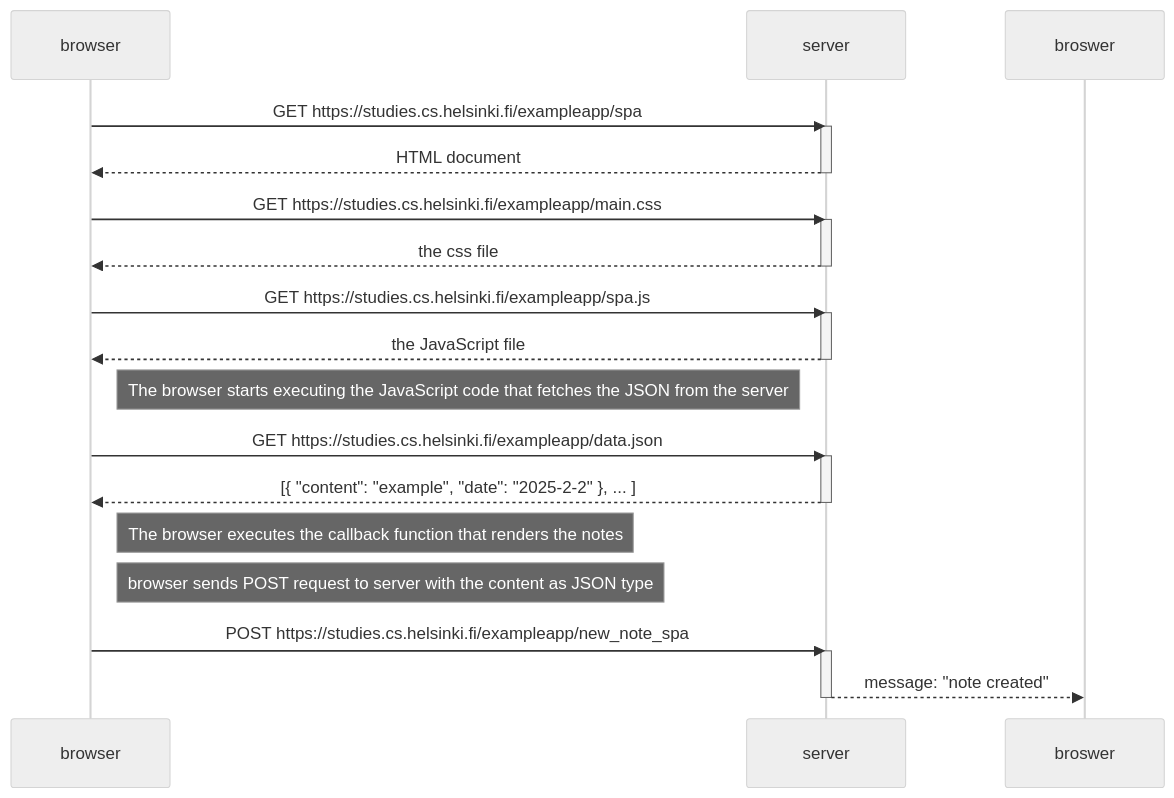
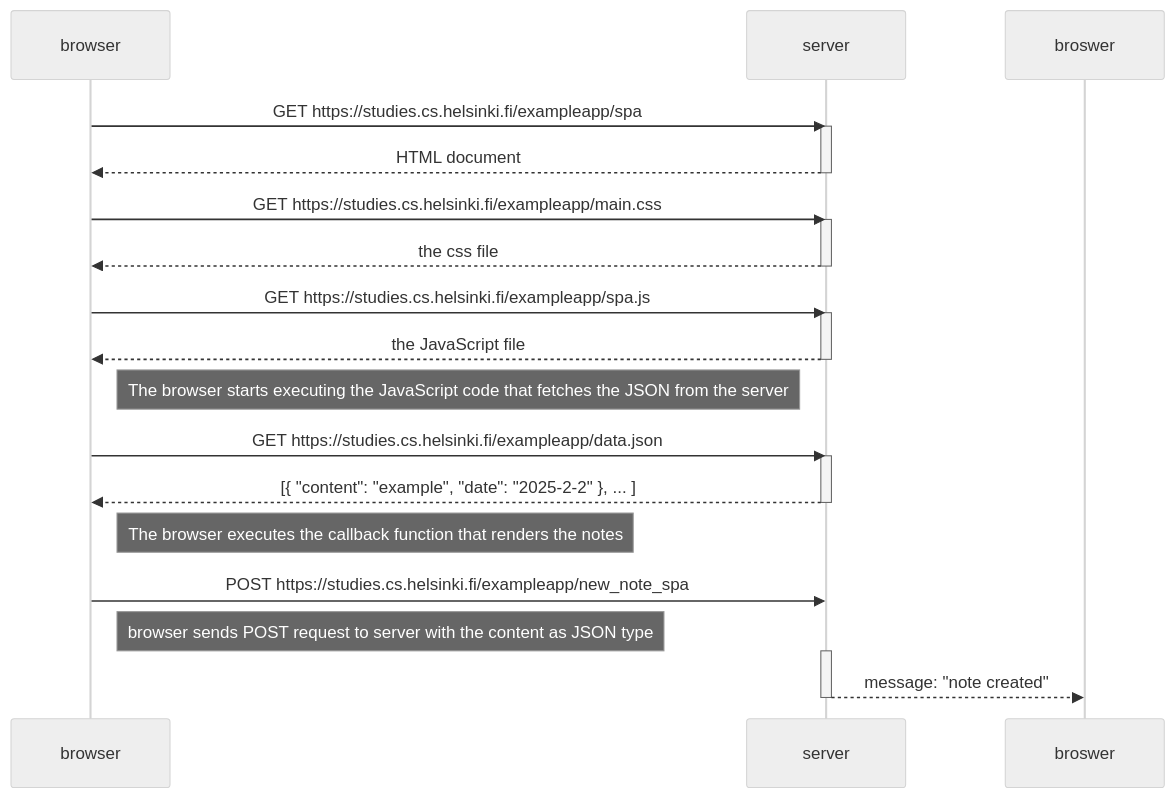
The diagram in osa 0/0.6 spa uusi muistiinpano/spauusimuistiinpano.md (eemuston/FullStackopen), drawn with Mermaid (neutral theme) before and after one commit. The commit also changed other lines of this file, not shown here.

````diff
--- a/osa 0/0.6 spa uusi muistiinpano/spauusimuistiinpano.md
+++ b/osa 0/0.6 spa uusi muistiinpano/spauusimuistiinpano.md
@@ -1,37 +1,37 @@
 ```mermaid
 
 sequenceDiagram
     participant browser
     participant server
 
     browser->>server: GET https://studies.cs.helsinki.fi/exampleapp/spa
     activate server
     server-->>browser: HTML document
     deactivate server
     
     browser->>server: GET https://studies.cs.helsinki.fi/exampleapp/main.css
     activate server
     server-->>browser: the css file
     deactivate server
     
     browser->>server: GET https://studies.cs.helsinki.fi/exampleapp/spa.js
     activate server
     server-->>browser: the JavaScript file
     deactivate server
     
     Note right of browser: The browser starts executing the JavaScript code that fetches the JSON from the server
     
     browser->>server: GET https://studies.cs.helsinki.fi/exampleapp/data.json
     activate server
     server-->>browser: [{ "content": "example", "date": "2025-2-2" }, ... ]
     deactivate server    
 
     Note right of browser: The browser executes the callback function that renders the notes
 
+    browser->>server: POST https://studies.cs.helsinki.fi/exampleapp/new_note_spa
     Note right of browser: browser sends POST request to server with the content as JSON type
-    browser->>server: POST https://studies.cs.helsinki.fi/exampleapp/new_note_spa
     activate server
     server-->>broswer: message: "note created"
     deactivate server
 
 ```
````
